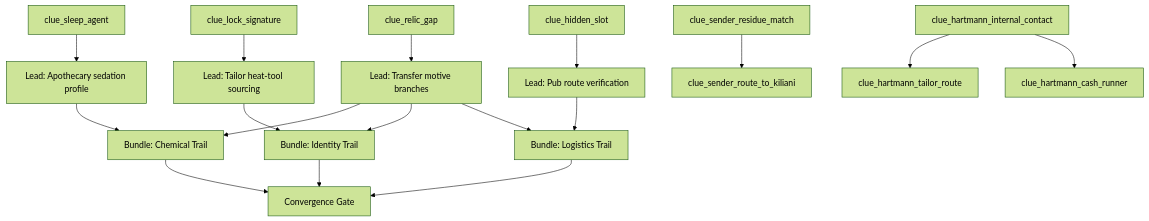
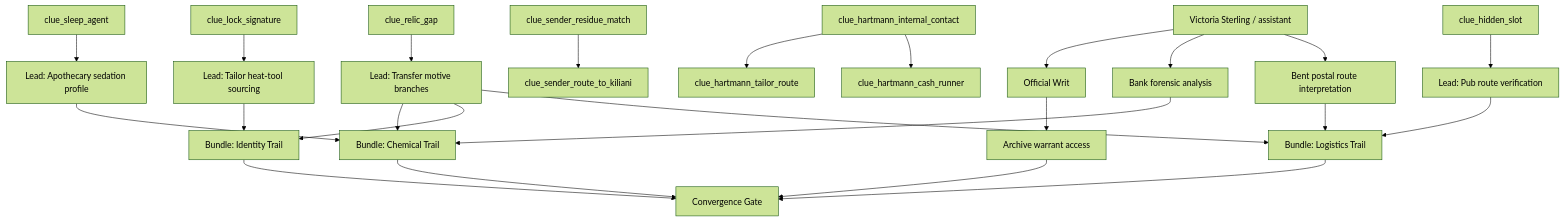
Before and after one commit to Dreyzab/grenzwanderer: the diagram in obsidian/Detectiv/10_Narrative/Case_01_Evidence_Graph.md, drawn with Mermaid (forest theme). The commit also changed other lines of this file and 185 other files, not shown here.

Commit message:
feat(case01): integrate Victoria Sterling assets and Rathaus Summit CG illustration

````diff
--- a/obsidian/Detectiv/10_Narrative/Case_01_Evidence_Graph.md
+++ b/obsidian/Detectiv/10_Narrative/Case_01_Evidence_Graph.md
@@ -13,22 +13,30 @@
 ```mermaid
 flowchart TD
   A[clue_sleep_agent] --> B[Lead: Apothecary sedation profile]
   C[clue_lock_signature] --> D[Lead: Tailor heat-tool sourcing]
   E[clue_relic_gap] --> F[Lead: Transfer motive branches]
   G[clue_hidden_slot] --> H[Lead: Pub route verification]
 
   I[clue_sender_residue_match] --> J[clue_sender_route_to_kiliani]
   K[clue_hartmann_internal_contact] --> L[clue_hartmann_tailor_route]
   K --> M[clue_hartmann_cash_runner]
 
   B --> N[Bundle: Chemical Trail]
   D --> O[Bundle: Identity Trail]
   H --> P[Bundle: Logistics Trail]
   F --> N
   F --> O
   F --> P
 
+  V[Victoria Sterling / assistant] --> W[Official Writ]
+  V --> X[Bank forensic analysis]
+  V --> Y[Bent postal route interpretation]
+  W --> Z[Archive warrant access]
+  X --> N
+  Y --> P
+
   N --> Q[Convergence Gate]
   O --> Q
   P --> Q
+  Z --> Q
 ```
````
